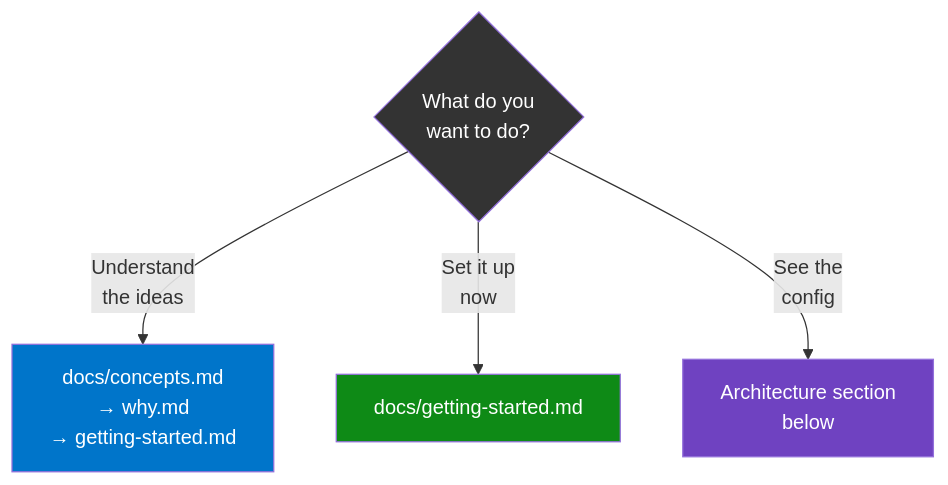
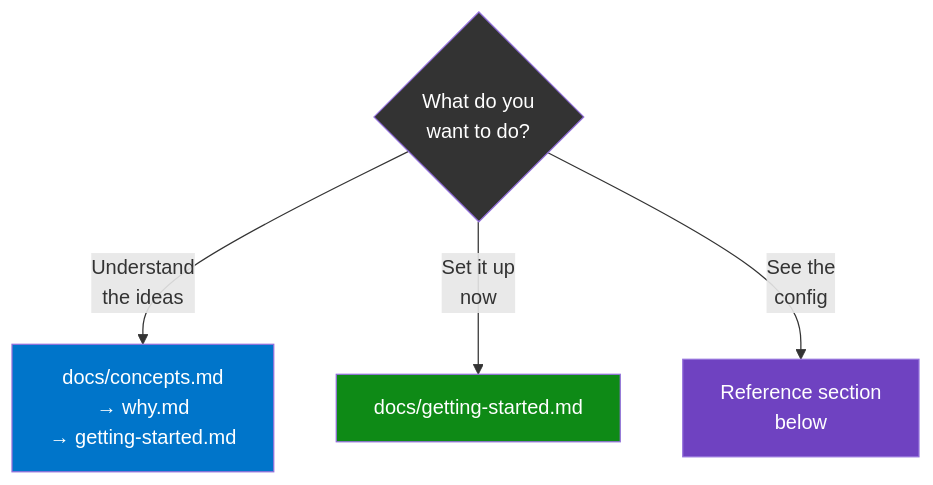
One commit to suniljames/directives changed the first of 2 diagrams in README.md. Above: the diagram before and after it, drawn with Mermaid. The commit also changed other lines of this file and 21 other files, not shown here.

````diff
--- a/README.md
+++ b/README.md
@@ -25,11 +25,11 @@
 ```mermaid
 graph TD
     A{"What do you<br/>want to do?"} -->|"Understand<br/>the ideas"| B["docs/concepts.md<br/>→ why.md<br/>→ getting-started.md"]
     A -->|"Set it up<br/>now"| C["docs/getting-started.md"]
-    A -->|"See the<br/>config"| D["Architecture section<br/>below"]
+    A -->|"See the<br/>config"| D["Reference section<br/>below"]
 
     style A fill:#333,color:#fff
     style B fill:#0075ca,color:#fff
     style C fill:#0e8a16,color:#fff
     style D fill:#6f42c1,color:#fff
 ```
````
